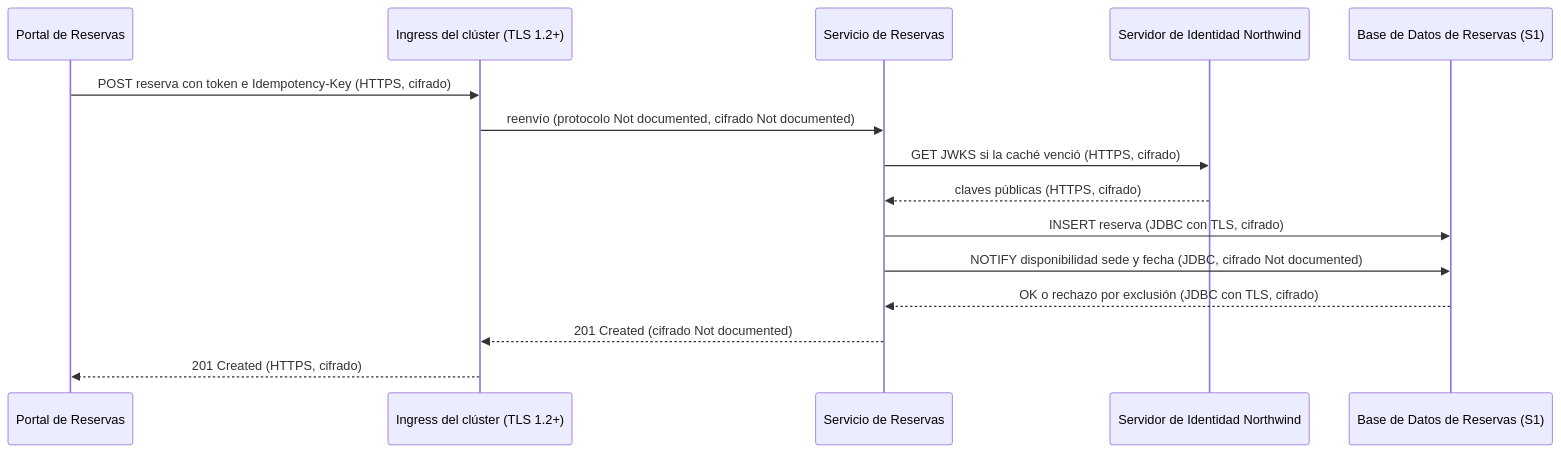
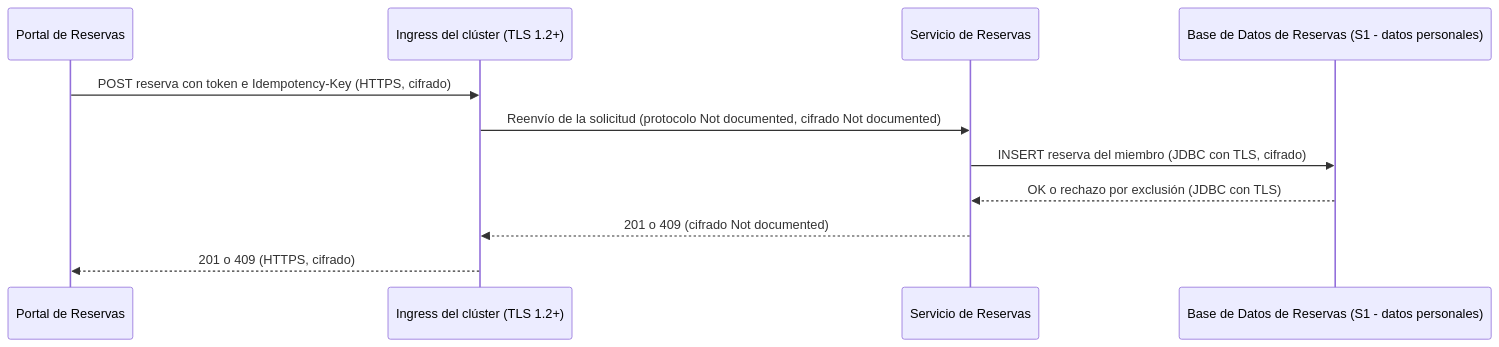
Before and after one commit to shadowX4fox/northwind-reservas: the first of 3 diagrams in analysis/DATA-SENSITIVITY-2026-11-03.md, drawn with Mermaid. The commit also changed other lines of this file and 7 other files, not shown here.

````diff
--- a/analysis/DATA-SENSITIVITY-2026-11-03.md
+++ b/analysis/DATA-SENSITIVITY-2026-11-03.md
@@ -55,17 +54,13 @@
 ```mermaid
 sequenceDiagram
   participant Portal as Portal de Reservas
   participant Ingress as Ingress del clúster (TLS 1.2+)
   participant Servicio as Servicio de Reservas
-  participant IdP as Servidor de Identidad Northwind
-  participant DB as Base de Datos de Reservas (S1)
+  participant DB as Base de Datos de Reservas (S1 - datos personales)
   Portal->>Ingress: POST reserva con token e Idempotency-Key (HTTPS, cifrado)
-  Ingress->>Servicio: reenvío (protocolo Not documented, cifrado Not documented)
-  Servicio->>IdP: GET JWKS si la caché venció (HTTPS, cifrado)
-  IdP-->>Servicio: claves públicas (HTTPS, cifrado)
-  Servicio->>DB: INSERT reserva (JDBC con TLS, cifrado)
-  Servicio->>DB: NOTIFY disponibilidad sede y fecha (JDBC, cifrado Not documented)
-  DB-->>Servicio: OK o rechazo por exclusión (JDBC con TLS, cifrado)
-  Servicio-->>Ingress: 201 Created (cifrado Not documented)
-  Ingress-->>Portal: 201 Created (HTTPS, cifrado)
+  Ingress->>Servicio: Reenvío de la solicitud (protocolo Not documented, cifrado Not documented)
+  Servicio->>DB: INSERT reserva del miembro (JDBC con TLS, cifrado)
+  DB-->>Servicio: OK o rechazo por exclusión (JDBC con TLS)
+  Servicio-->>Ingress: 201 o 409 (cifrado Not documented)
+  Ingress-->>Portal: 201 o 409 (HTTPS, cifrado)
 ```
````
